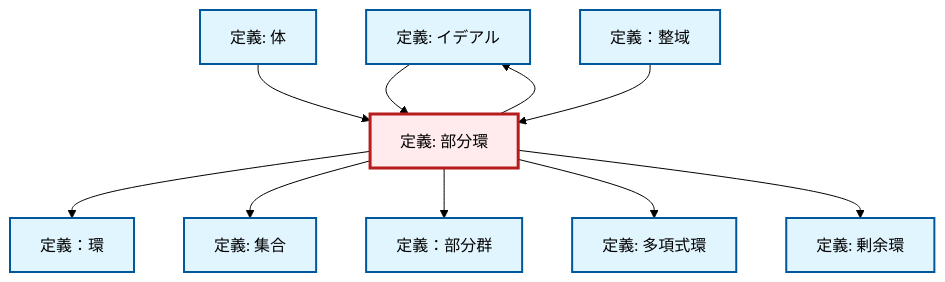
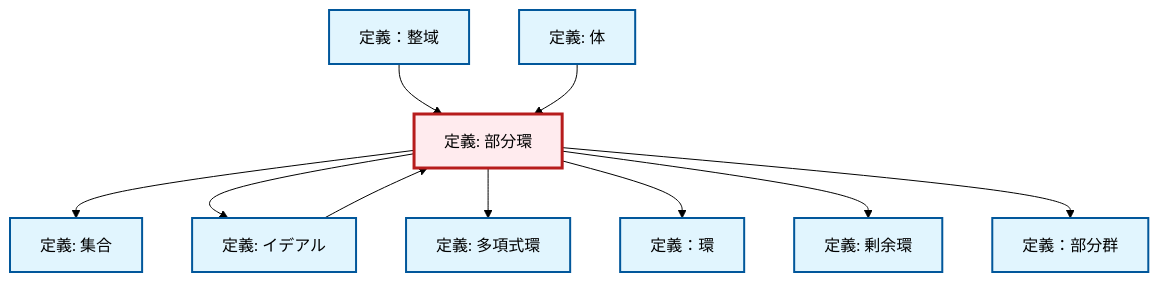
The diagram in content/ja/algebra/def-subring.qmd (RK0429/ModernMath), drawn with Mermaid (forest theme) before and after one commit. The commit also changed other lines of this file and 1012 other files, not shown here.

````diff
--- a/content/ja/algebra/def-subring.qmd
+++ b/content/ja/algebra/def-subring.qmd
@@ -85,36 +85,36 @@
 ```{mermaid}
 %%| fig-cap: "Local dependency graph"
 graph TD
     classDef definition fill:#e1f5fe,stroke:#01579b,stroke-width:2px
     classDef theorem fill:#f3e5f5,stroke:#4a148c,stroke-width:2px
     classDef axiom fill:#fff3e0,stroke:#e65100,stroke-width:2px
     classDef example fill:#e8f5e9,stroke:#1b5e20,stroke-width:2px
     classDef current fill:#ffebee,stroke:#b71c1c,stroke-width:3px
+    def-field["定義: 体"]:::definition
+    def-subring["定義: 部分環"]:::definition
+    def-ring["定義：環"]:::definition
+    def-subgroup["定義：部分群"]:::definition
     def-set["定義: 集合"]:::definition
+    def-quotient-ring["定義: 剰余環"]:::definition
+    def-polynomial-ring["定義: 多項式環"]:::definition
+    def-integral-domain["定義：整域"]:::definition
     def-ideal["定義: イデアル"]:::definition
-    def-polynomial-ring["定義: 多項式環"]:::definition
-    def-field["定義: 体"]:::definition
-    def-quotient-ring["定義: 剰余環"]:::definition
-    def-subgroup["定義：部分群"]:::definition
-    def-integral-domain["定義：整域"]:::definition
-    def-ring["定義：環"]:::definition
-    def-subring["定義: 部分環"]:::definition
-    def-subring --> def-ring
     def-subring --> def-set
-    def-subring --> def-subgroup
-    def-subring --> def-polynomial-ring
+    def-integral-domain --> def-subring
     def-field --> def-subring
     def-subring --> def-ideal
+    def-subring --> def-polynomial-ring
+    def-subring --> def-ring
     def-subring --> def-quotient-ring
+    def-subring --> def-subgroup
     def-ideal --> def-subring
-    def-integral-domain --> def-subring
     class def-subring current
+    click def-field "def-field.html" "体の定義へ"
+    click def-ring "def-ring.html" "定義：環へ"
+    click def-subgroup "def-subgroup.html" "定義：部分群へ"
     click def-set "def-set.html" "集合の定義へ"
+    click def-quotient-ring "def-quotient-ring.html" "剰余環の定義へ"
+    click def-polynomial-ring "def-polynomial-ring.html" "多項式環の定義へ"
+    click def-integral-domain "def-integral-domain.html" "定義：整域へ"
     click def-ideal "def-ideal.html" "イデアルの定義へ"
-    click def-polynomial-ring "def-polynomial-ring.html" "多項式環の定義へ"
-    click def-field "def-field.html" "体の定義へ"
-    click def-quotient-ring "def-quotient-ring.html" "剰余環の定義へ"
-    click def-subgroup "def-subgroup.html" "定義：部分群へ"
-    click def-integral-domain "def-integral-domain.html" "定義：整域へ"
-    click def-ring "def-ring.html" "定義：環へ"
 ```
````
